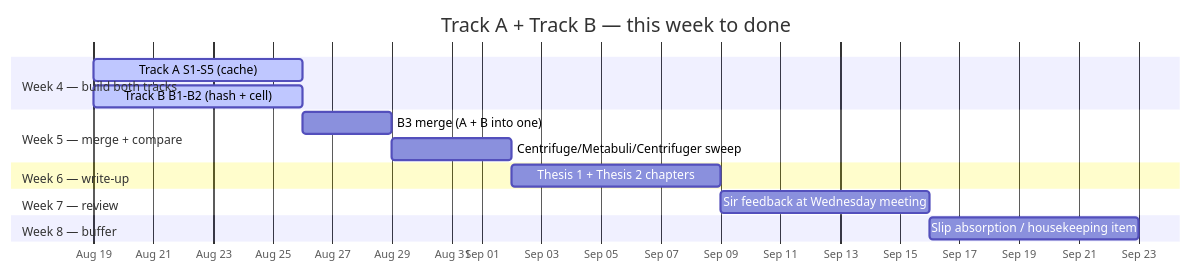
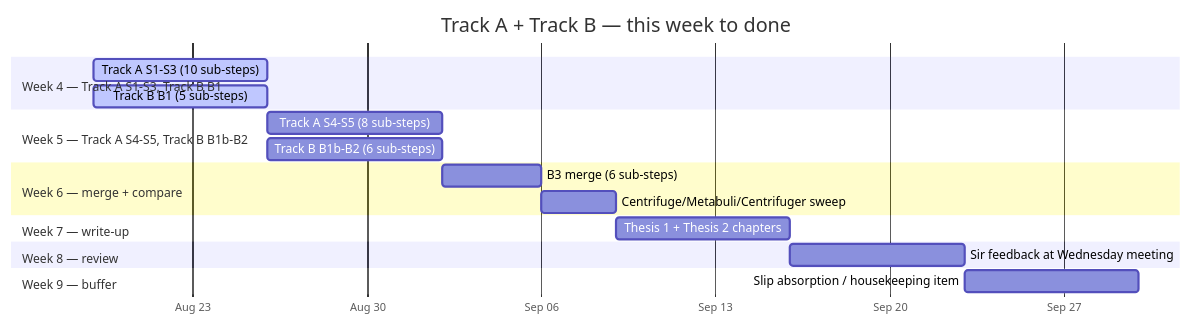
Before and after one commit to KathpaliaChirag/Nanopore-project: the second of 7 diagrams in planning/week4plan.md, drawn with Mermaid. The commit also changed other lines of this file, not shown here.

````diff
--- a/planning/week4plan.md
+++ b/planning/week4plan.md
@@ -79,18 +82,21 @@
 ```mermaid
 gantt
     title Track A + Track B — this week to done
     dateFormat  YYYY-MM-DD
     axisFormat  %b %d
-    section Week 4 — build both tracks
-    Track A S1-S5 (cache)         :active, w4a, 2026-08-19, 7d
-    Track B B1-B2 (hash + cell)   :active, w4b, 2026-08-19, 7d
-    section Week 5 — merge + compare
-    B3 merge (A + B into one)     :w5a, after w4a, 3d
-    Centrifuge/Metabuli/Centrifuger sweep :w5b, after w5a, 4d
-    section Week 6 — write-up
-    Thesis 1 + Thesis 2 chapters  :w6, after w5b, 7d
-    section Week 7 — review
-    Sir feedback at Wednesday meeting :w7, after w6, 7d
-    section Week 8 — buffer
-    Slip absorption / housekeeping item :w8, after w7, 7d
+    section Week 4 — Track A S1-S3, Track B B1
+    Track A S1-S3 (10 sub-steps)          :active, w4a, 2026-08-19, 7d
+    Track B B1 (5 sub-steps)              :active, w4b, 2026-08-19, 7d
+    section Week 5 — Track A S4-S5, Track B B1b-B2
+    Track A S4-S5 (8 sub-steps)           :w5a, after w4a, 7d
+    Track B B1b-B2 (6 sub-steps)          :w5b, after w4b, 7d
+    section Week 6 — merge + compare
+    B3 merge (6 sub-steps)                :w6a, after w5a, 4d
+    Centrifuge/Metabuli/Centrifuger sweep :w6b, after w6a, 3d
+    section Week 7 — write-up
+    Thesis 1 + Thesis 2 chapters          :w7, after w6b, 7d
+    section Week 8 — review
+    Sir feedback at Wednesday meeting     :w8, after w7, 7d
+    section Week 9 — buffer
+    Slip absorption / housekeeping item   :w9, after w8, 7d
 ```
````
